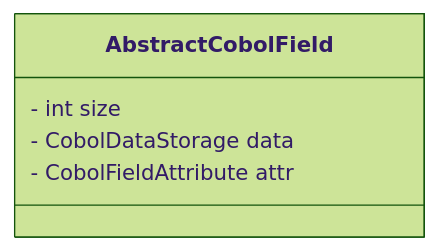
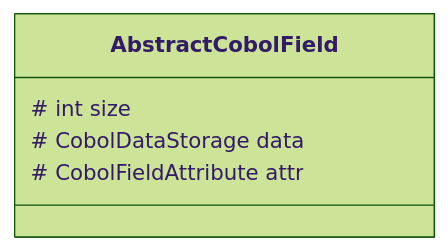
Before and after one commit to yutaro-sakamoto/opensourcecobol4j: the first of 2 diagrams in doc/converted_Java_file_JP.md, drawn with Mermaid (forest theme).

````diff
--- a/doc/converted_Java_file_JP.md
+++ b/doc/converted_Java_file_JP.md
@@ -16,8 +16,8 @@
 ```mermaid
 classDiagram
     class AbstractCobolField {
-        - int size
-        - CobolDataStorage data
-        - CobolFieldAttribute attr
+        # int size
+        # CobolDataStorage data
+        # CobolFieldAttribute attr
     }
 ```
````
